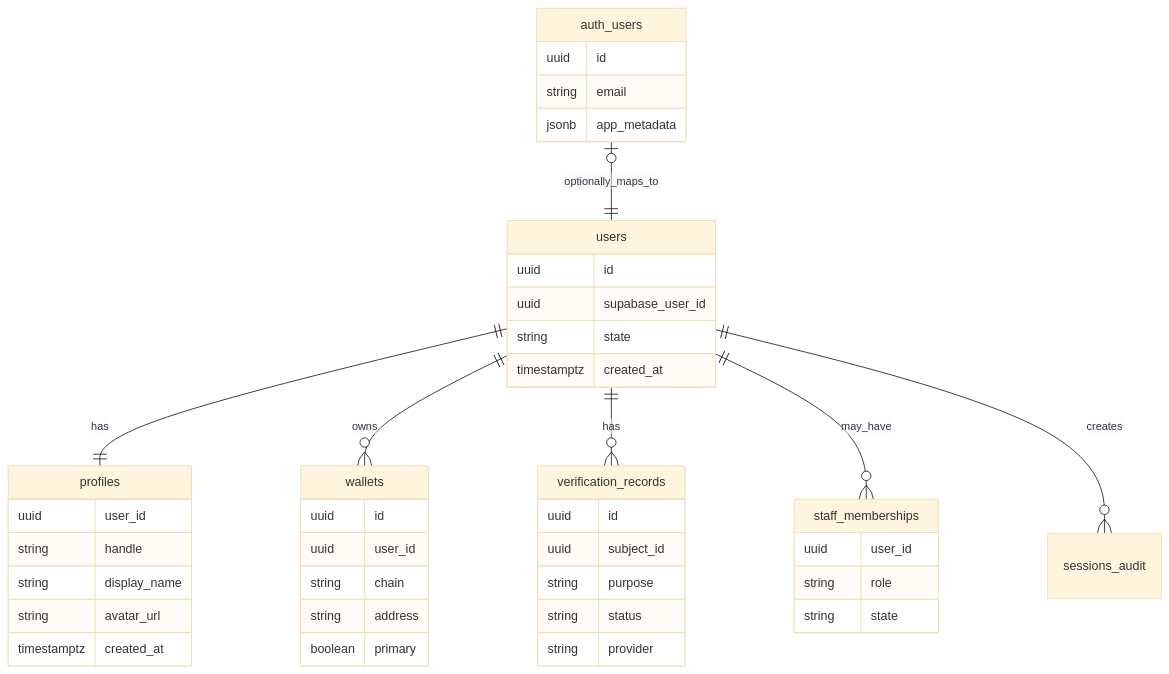
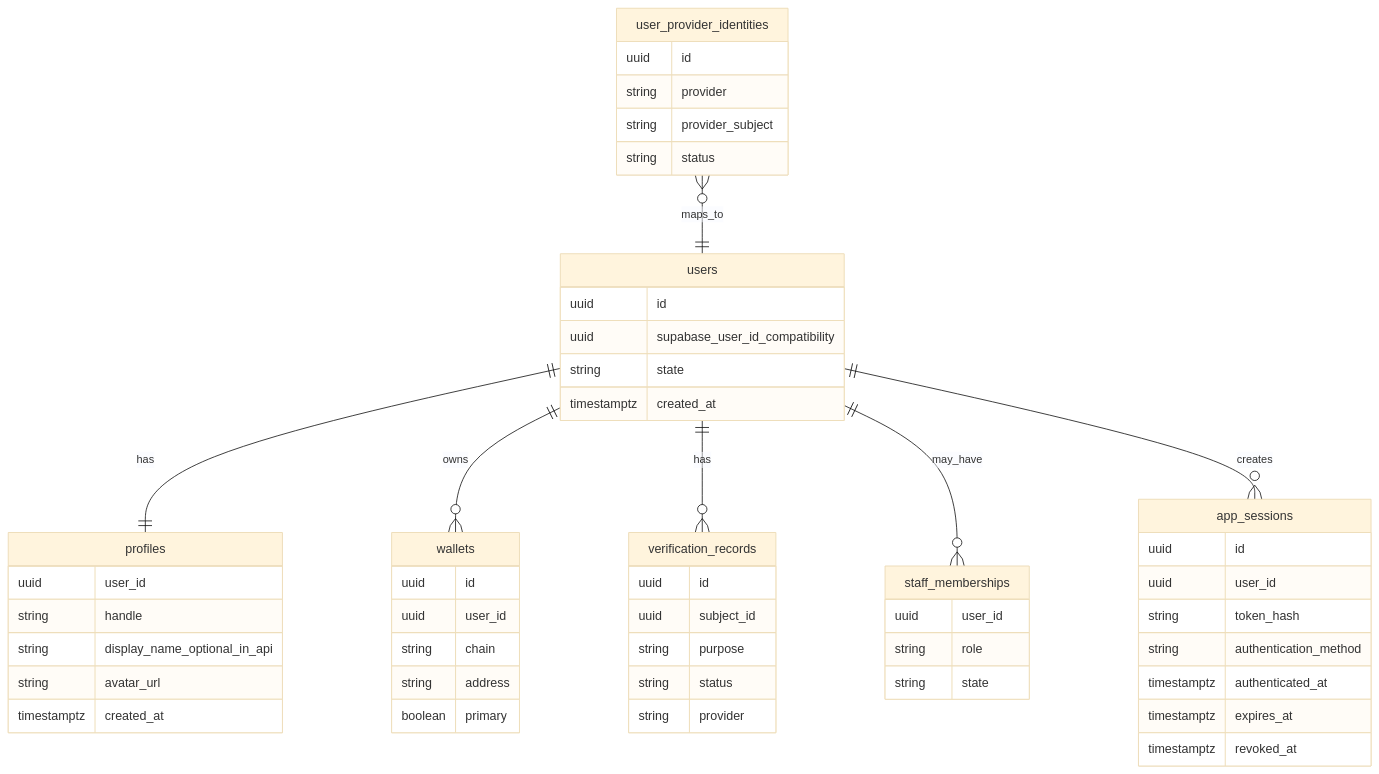
One commit to mariospeterman/VEEL-v2 changed the first of 2 diagrams in docs/v2-new-build/auth-supabase-realtime.md. Above: the diagram before and after it, drawn with Mermaid (base theme). The commit also changed other lines of this file and 128 other files, not shown here.

````diff
--- a/docs/v2-new-build/auth-supabase-realtime.md
+++ b/docs/v2-new-build/auth-supabase-realtime.md
@@ -31,47 +31,57 @@
 ```mermaid
 erDiagram
-  auth_users o|--|| users : optionally_maps_to
+  user_provider_identities }o--|| users : maps_to
   users ||--|| profiles : has
   users ||--o{ wallets : owns
   users ||--o{ verification_records : has
   users ||--o{ staff_memberships : may_have
-  users ||--o{ sessions_audit : creates
+  users ||--o{ app_sessions : creates
 
-  auth_users {
+  user_provider_identities {
     uuid id
-    string email
-    jsonb app_metadata
+    string provider
+    string provider_subject
+    string status
   }
   users {
     uuid id
-    uuid supabase_user_id
+    uuid supabase_user_id_compatibility
     string state
     timestamptz created_at
   }
   profiles {
     uuid user_id
     string handle
-    string display_name
+    string display_name_optional_in_api
     string avatar_url
     timestamptz created_at
+  }
+  app_sessions {
+    uuid id
+    uuid user_id
+    string token_hash
+    string authentication_method
+    timestamptz authenticated_at
+    timestamptz expires_at
+    timestamptz revoked_at
   }
   staff_memberships {
     uuid user_id
     string role
     string state
   }
   wallets {
     uuid id
     uuid user_id
     string chain
     string address
     boolean primary
   }
   verification_records {
     uuid id
     uuid subject_id
     string purpose
     string status
     string provider
   }
 ```
````
